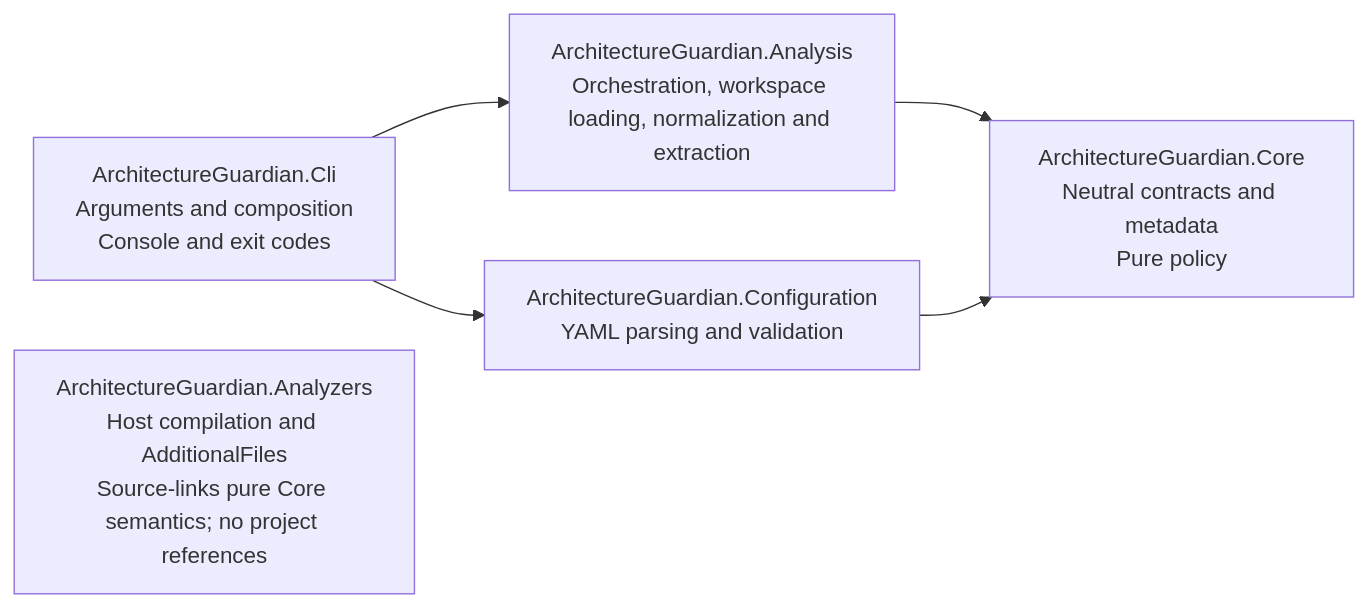
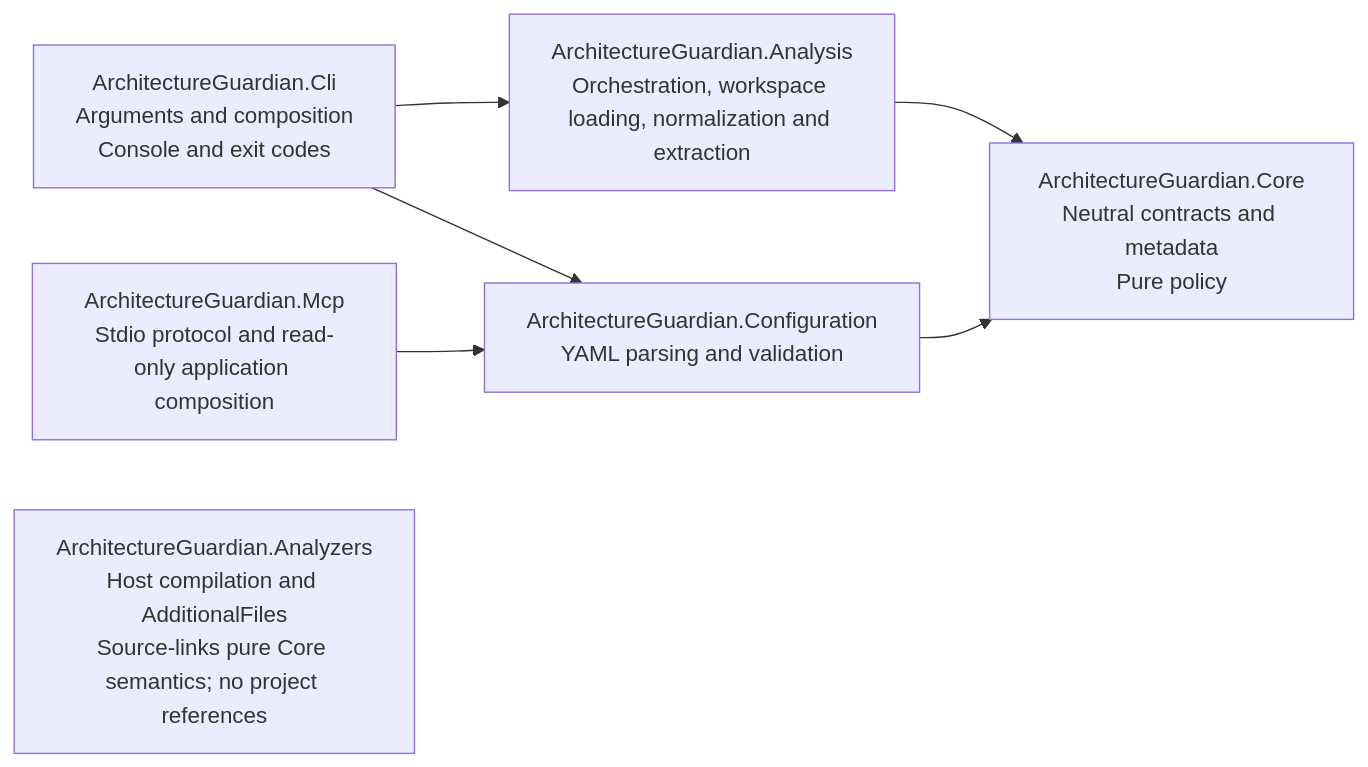
Before and after one commit to kbourzayq/arch-guard: the first of 3 diagrams in docs/architecture/overview.md, drawn with Mermaid. The commit also changed other lines of this file and 17 other files, not shown here.

First line of the commit message:
feat(mcp): add read-only stdio server (#62)

````diff
--- a/docs/architecture/overview.md
+++ b/docs/architecture/overview.md
@@ -32,13 +33,15 @@
 ```mermaid
 flowchart LR
     Cli["ArchitectureGuardian.Cli<br/>Arguments and composition<br/>Console and exit codes"]
     Analysis["ArchitectureGuardian.Analysis<br/>Orchestration, workspace loading, normalization and extraction"]
     Core["ArchitectureGuardian.Core<br/>Neutral contracts and metadata<br/>Pure policy"]
     Configuration["ArchitectureGuardian.Configuration<br/>YAML parsing and validation"]
 
+    Mcp["ArchitectureGuardian.Mcp<br/>Stdio protocol and read-only application composition"]
+    Mcp --> Configuration
     Cli --> Analysis
     Cli --> Configuration
     Analysis --> Core
     Configuration --> Core
     Analyzers["ArchitectureGuardian.Analyzers<br/>Host compilation and AdditionalFiles<br/>Source-links pure Core semantics; no project references"]
 ```
````
